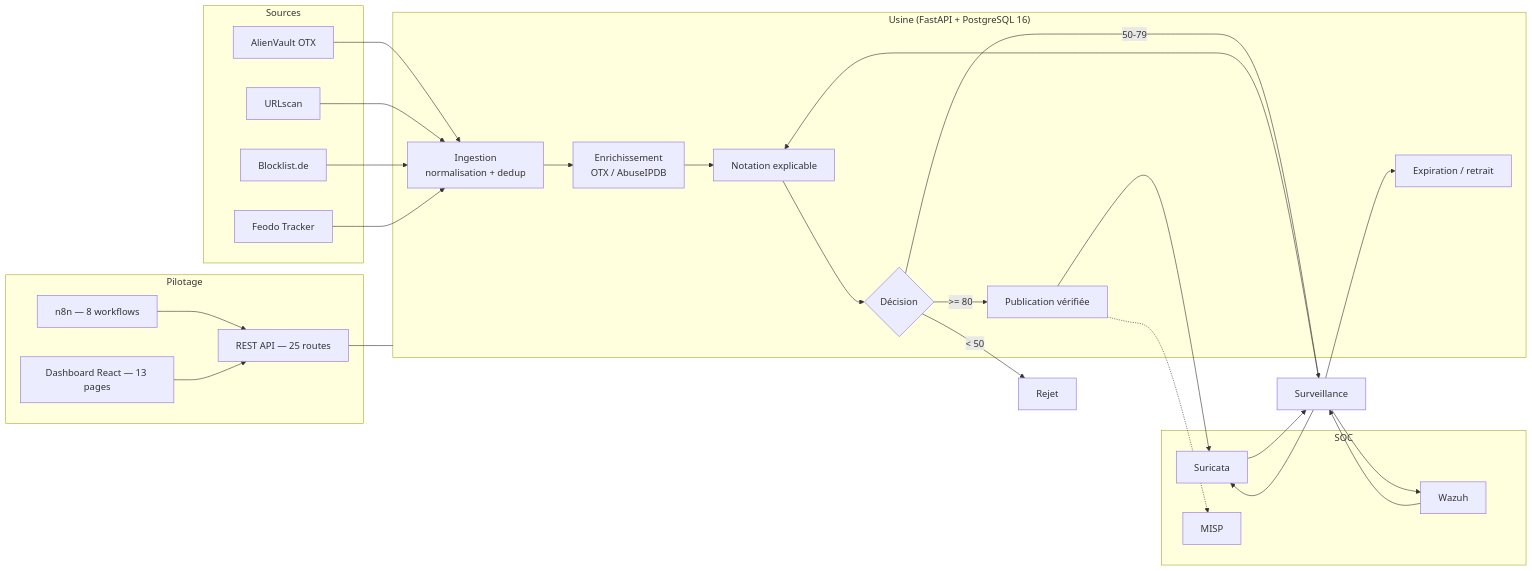
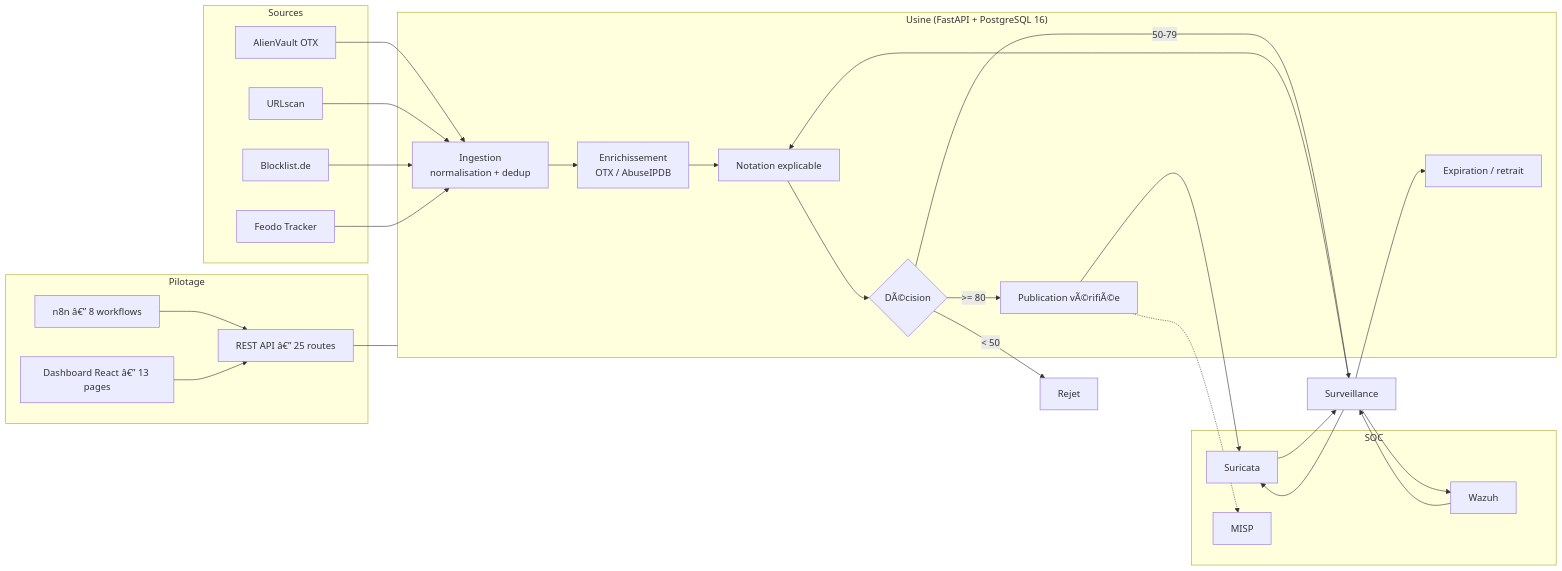
The diagram in README.md (souhaylchiibi/soar-ioc-factory), drawn with Mermaid before and after one commit. The commit also changed other lines of this file and 6 other files, not shown here.

````diff
--- a/README.md
+++ b/README.md
@@ -58,41 +58,41 @@
 ```mermaid
 flowchart LR
     subgraph Sources
         OTX[AlienVault OTX]
         US[URLscan]
         BL[Blocklist.de]
         FD[Feodo Tracker]
     end
 
     subgraph Coeur["Usine (FastAPI + PostgreSQL 16)"]
         ING[Ingestion<br/>normalisation + dedup]
         ENR[Enrichissement<br/>OTX / AbuseIPDB]
         SCO[Notation explicable]
-        DEC{Décision}
-        PUB[Publication vérifiée]
+        DEC{DÃ©cision}
+        PUB[Publication vÃ©rifiÃ©e]
         EXP[Expiration / retrait]
     end
 
     subgraph SOC
         SUR[Suricata]
         WAZ[Wazuh]
         MISP[MISP]
     end
 
     subgraph Pilotage
-        N8N[n8n — 8 workflows]
-        DASH[Dashboard React — 13 pages]
-        API[REST API — 25 routes]
+        N8N[n8n â€” 8 workflows]
+        DASH[Dashboard React â€” 13 pages]
+        API[REST API â€” 25 routes]
     end
 
     OTX & US & BL & FD --> ING --> ENR --> SCO --> DEC
     DEC -->|>= 80| PUB --> SUR
     DEC -->|50-79| MON[Surveillance] --> SUR & WAZ
     DEC -->|< 50| REJ[Rejet]
     PUB -.-> MISP
     SUR & WAZ --> MON --> SCO
     MON --> EXP
     N8N --> API
     DASH --> API
     API --- Coeur
 ```
````
